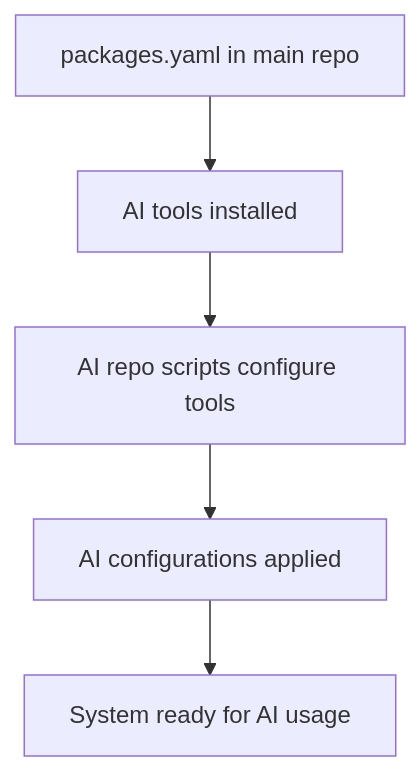
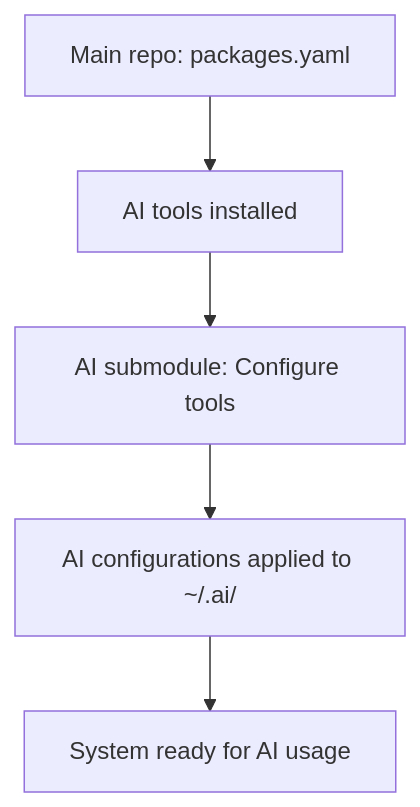
The diagram in CLAUDE.md (amauryconstant/dotfiles), drawn with Mermaid before and after one commit. The commit also changed other lines of this file and 1 other file, not shown here.

First line of the commit message:
Integrate AI documentation into main repository

````diff
--- a/CLAUDE.md
+++ b/CLAUDE.md
@@ -794,7 +796,7 @@
 ```mermaid
 graph TD
-    A[packages.yaml in main repo] --> B[AI tools installed]
-    B --> C[AI repo scripts configure tools]
-    C --> D[AI configurations applied]
+    A[Main repo: packages.yaml] --> B[AI tools installed]
+    B --> C[AI submodule: Configure tools]
+    C --> D[AI configurations applied to ~/.ai/]
     D --> E[System ready for AI usage]
 ```
````
